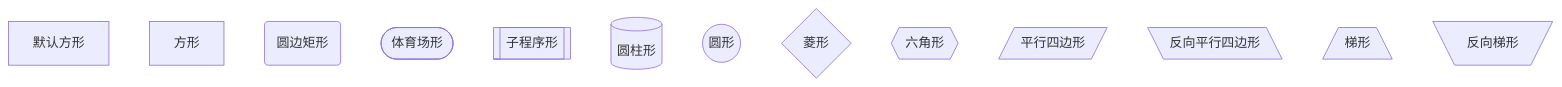
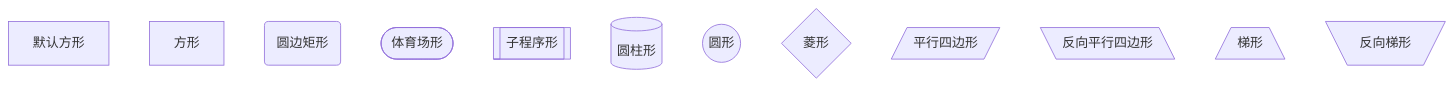
Before and after one commit to kuanghl/kuanghl.github.io: diagram 15 of 17 in _posts/2024/2024-09-25-markdown_demo.md, drawn with Mermaid. The commit also changed 188 other files, not shown here.

````diff
--- a/_posts/2024/2024-09-25-markdown_demo.md
+++ b/_posts/2024/2024-09-25-markdown_demo.md
@@ -631,16 +631,15 @@
 ```mermaid
 graph
     默认方形
     id1[方形]
     id2(圆边矩形)
     id3([体育场形])
     id4[[子程序形]]
     id5[(圆柱形)]
     id6((圆形))
     id7{菱形}
-	id8{{六角形}}
 	id9[/平行四边形/]
 	id10[\反向平行四边形\]
 	id11[/梯形\]
 	id12[\反向梯形/] 
 ```
````
